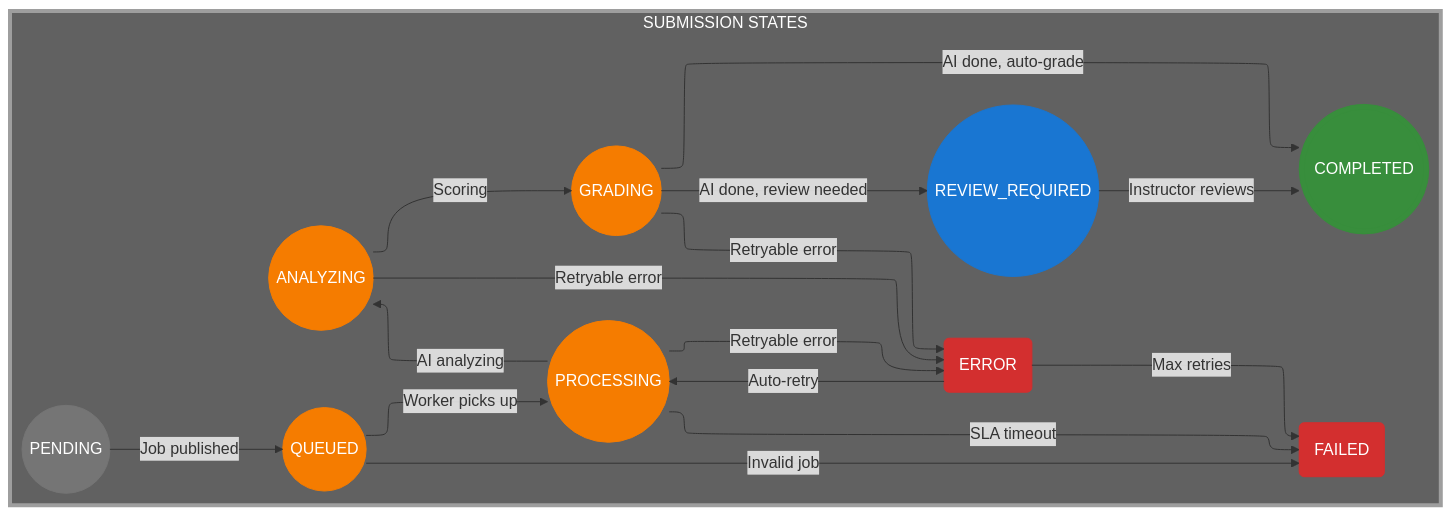
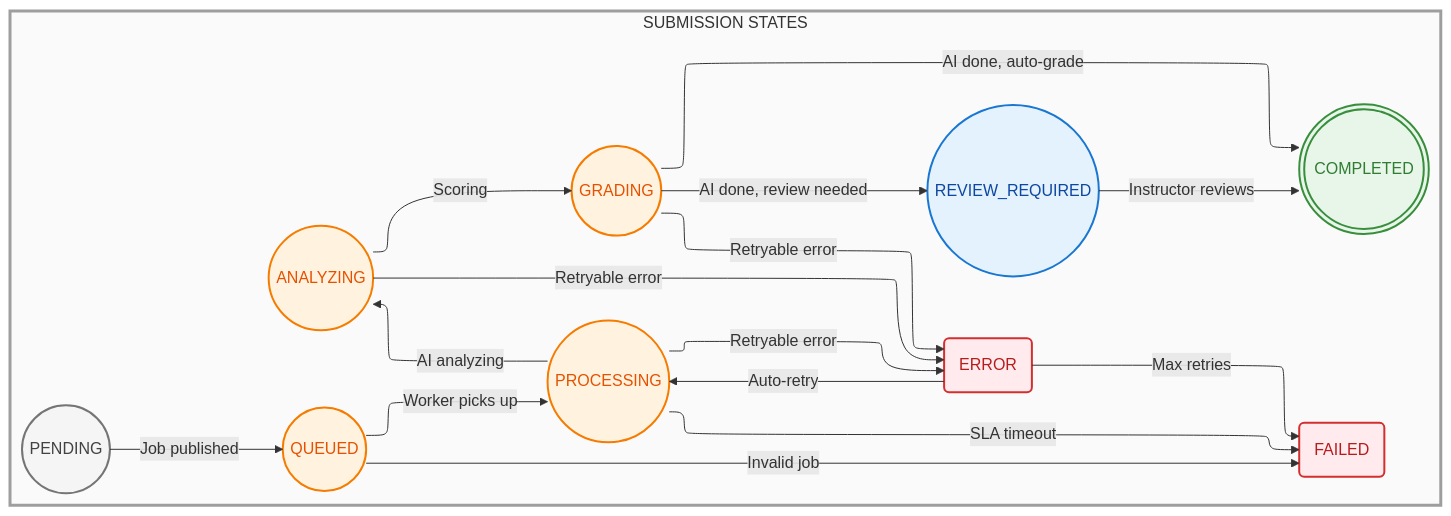
The fifth of 12 diagrams in docs/capstone/diagrams/flow-diagrams.vi.md (nghyane/VSTEP), drawn with Mermaid before and after one commit. The commit also changed other lines of this file, not shown here.

First line of the commit message:
style(docs): fix mermaid diagram colors to pastel scheme

````diff
--- a/docs/capstone/diagrams/flow-diagrams.vi.md
+++ b/docs/capstone/diagrams/flow-diagrams.vi.md
@@ -266,55 +266,55 @@
 ```mermaid
 ---
 config:
   layout: elk
 ---
 flowchart TB
     subgraph States["SUBMISSION STATES"]
         direction LR
         PENDING@{ shape: circle, label: "PENDING" }
         QUEUED@{ shape: circle, label: "QUEUED" }
         PROCESSING@{ shape: circle, label: "PROCESSING" }
         ANALYZING@{ shape: circle, label: "ANALYZING" }
         GRADING@{ shape: circle, label: "GRADING" }
         COMPLETED@{ shape: dbl-circ, label: "COMPLETED" }
         ERROR@{ shape: rounded, label: "ERROR" }
         FAILED@{ shape: rounded, label: "FAILED" }
         REVIEW@{ shape: circle, label: "REVIEW_REQUIRED" }
     end
 
     PENDING -->|"Job published"| QUEUED
     QUEUED -->|"Worker picks up"| PROCESSING
     PROCESSING -->|"AI analyzing"| ANALYZING
     ANALYZING -->|"Scoring"| GRADING
     GRADING -->|"AI done, auto-grade"| COMPLETED
     GRADING -->|"AI done, review needed"| REVIEW
     REVIEW -->|"Instructor reviews"| COMPLETED
     
     PROCESSING -->|"Retryable error"| ERROR
     ANALYZING -->|"Retryable error"| ERROR
     GRADING -->|"Retryable error"| ERROR
     
     ERROR -->|"Auto-retry"| PROCESSING
     ERROR -->|"Max retries"| FAILED
     
     QUEUED -->|"Invalid job"| FAILED
     PROCESSING -->|"SLA timeout"| FAILED
 
-    %% Nodes
-    classDef pending fill:#757575,stroke:#757575,color:#fff
-    classDef active fill:#f57c00,stroke:#f57c00,color:#fff
-    classDef success fill:#388e3c,stroke:#388e3c,color:#fff
-    classDef error fill:#d32f2f,stroke:#d32f2f,color:#fff
-    classDef review fill:#1976d2,stroke:#1976d2,color:#fff
+    %% Nodes - soft pastel fill with dark text
+    classDef pending fill:#f5f5f5,stroke:#757575,stroke-width:2px,color:#424242
+    classDef active fill:#fff3e0,stroke:#f57c00,stroke-width:2px,color:#e65100
+    classDef success fill:#e8f5e9,stroke:#388e3c,stroke-width:2px,color:#2e7d32
+    classDef error fill:#ffebee,stroke:#d32f2f,stroke-width:2px,color:#b71c1c
+    classDef review fill:#e3f2fd,stroke:#1976d2,stroke-width:2px,color:#0d47a1
 
-    %% Box
-    classDef statesBox fill:#616161,stroke:#9e9e9e,stroke-width:4px,color:#fff
+    %% Box - light tint
+    classDef statesBox fill:#fafafa,stroke:#9e9e9e,stroke-width:3px,color:#333
 
     class States statesBox
 
     class PENDING pending
     class QUEUED,PROCESSING,ANALYZING,GRADING active
     class COMPLETED success
     class ERROR,FAILED error
     class REVIEW review
 ```
````
